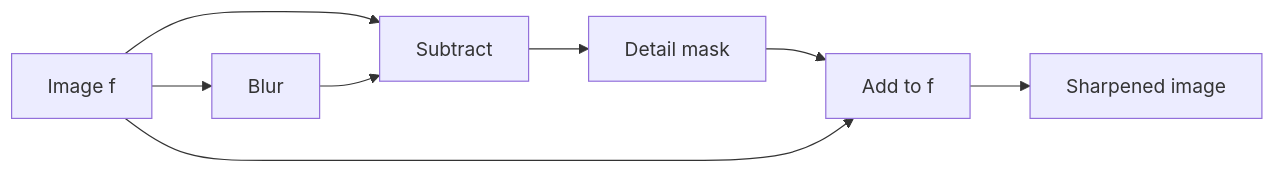
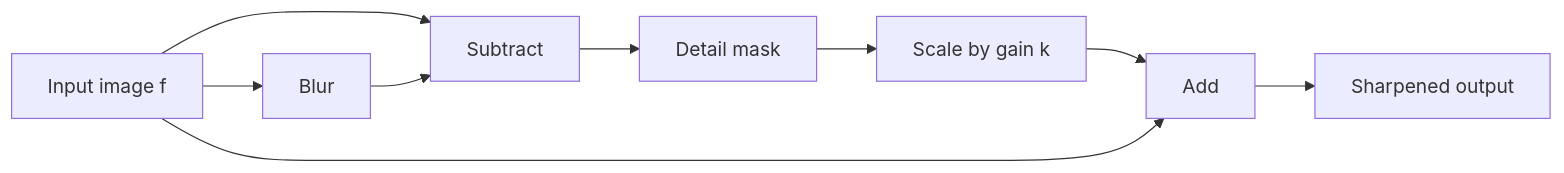
One commit to NeoTech-vietnam/NeoLearning changed the diagram in 05_Advanced-Topics/03_Digital_Image_Processing/01_learning/03_intensity_transformations_and_spatial_filtering/06_sharpening_spatial_filters.md. Above: the diagram before and after it, drawn with Mermaid. The commit also changed other lines of this file and 11 other files, not shown here.

````diff
--- a/05_Advanced-Topics/03_Digital_Image_Processing/01_learning/03_intensity_transformations_and_spatial_filtering/06_sharpening_spatial_filters.md
+++ b/05_Advanced-Topics/03_Digital_Image_Processing/01_learning/03_intensity_transformations_and_spatial_filtering/06_sharpening_spatial_filters.md
@@ -55,10 +110,11 @@
 ```mermaid
 flowchart LR
-    F[Image f] --> B[Blur]
-    F --> D[Subtract]
-    B --> D
-    D --> M[Detail mask]
-    M --> A[Add to f]
+    F["Input image f"] --> B[Blur]
+    F --> S[Subtract]
+    B --> S
+    S --> M["Detail mask"]
+    M --> K["Scale by gain k"]
+    K --> A[Add]
     F --> A
-    A --> G[Sharpened image]
+    A --> O["Sharpened output"]
 ```
````
